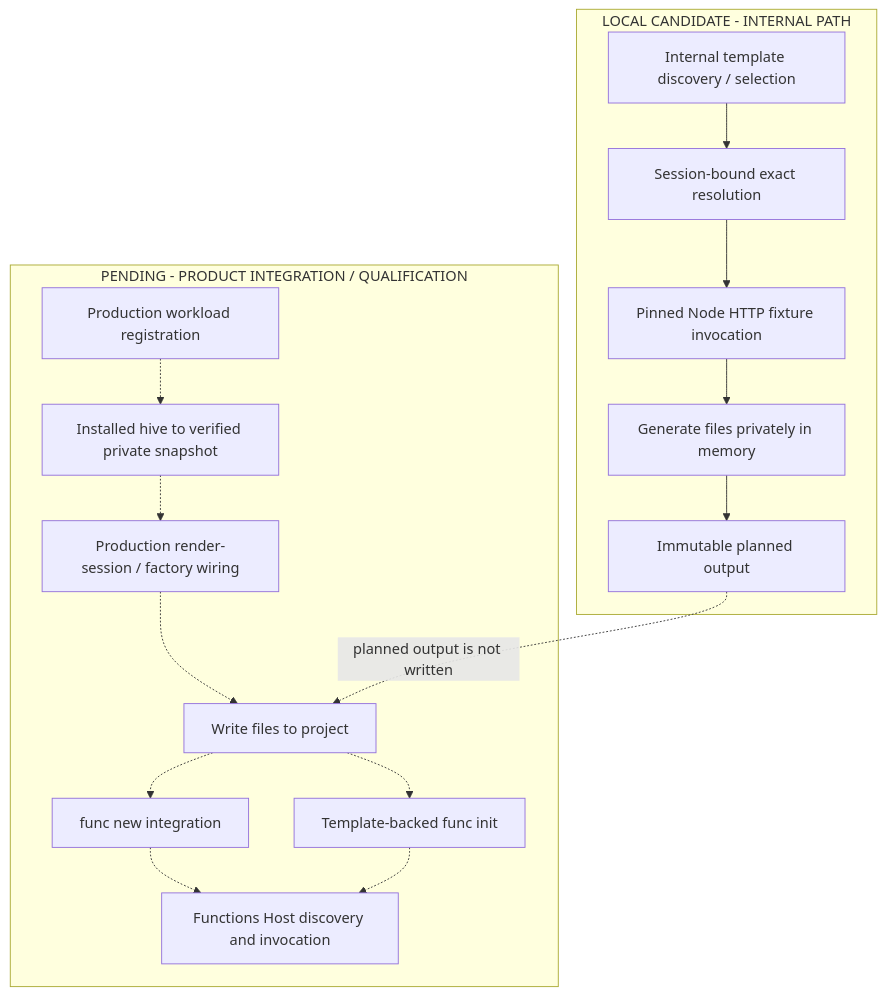
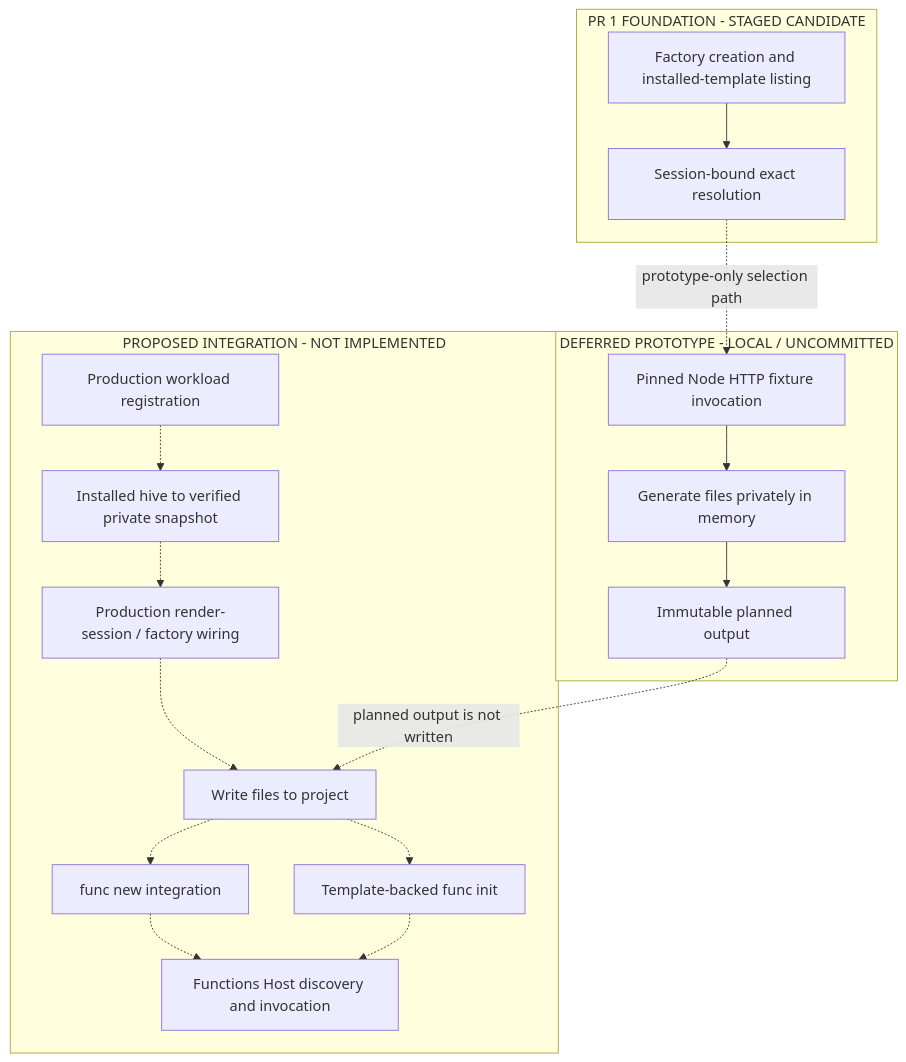
The fifth of 5 diagrams in docs/templates/Templates-EndToEnd-Object-Model-Review.md (Azure/azure-functions-core-tools), drawn with Mermaid before and after one commit. The commit also changed other lines of this file and 12 other files, not shown here.

Commit message:
Add CLI v5 template discovery and selection

````diff
--- a/docs/templates/Templates-EndToEnd-Object-Model-Review.md
+++ b/docs/templates/Templates-EndToEnd-Object-Model-Review.md
@@ -233,28 +236,32 @@
 ```mermaid
 flowchart TD
-    subgraph implemented["LOCAL CANDIDATE - INTERNAL PATH"]
-        catalog["Internal template discovery / selection"]
+    subgraph foundation["PR 1 FOUNDATION - STAGED CANDIDATE"]
+        catalog["Factory creation and installed-template listing"]
         resolved["Session-bound exact resolution"]
+        catalog --> resolved
+    end
+    subgraph deferred["DEFERRED PROTOTYPE - LOCAL / UNCOMMITTED"]
         fixture["Pinned Node HTTP fixture invocation"]
         memory["Generate files privately in memory"]
         output["Immutable planned output"]
-        catalog --> resolved --> fixture --> memory --> output
+        fixture --> memory --> output
     end
-    subgraph pending["PENDING - PRODUCT INTEGRATION / QUALIFICATION"]
+    subgraph pending["PROPOSED INTEGRATION - NOT IMPLEMENTED"]
         registration["Production workload registration"]
         snapshot["Installed hive to verified private snapshot"]
         wiring["Production render-session / factory wiring"]
         write["Write files to project"]
         newcmd["func new integration"]
         initcmd["Template-backed func init"]
         host["Functions Host discovery and invocation"]
         registration -.-> snapshot
         snapshot -.-> wiring
         wiring -.-> write
         write -.-> newcmd
         write -.-> initcmd
         newcmd -.-> host
         initcmd -.-> host
     end
+    resolved -. "prototype-only selection path" .-> fixture
     output -. "planned output is not written" .-> write
 ```
````
